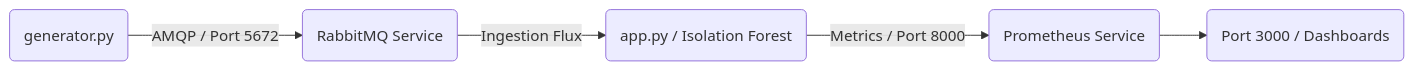
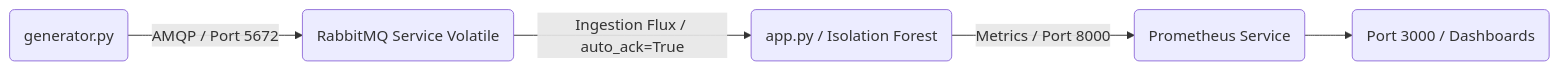
Before and after one commit to CedricKoukoui/CloudIA: the diagram in README.md, drawn with Mermaid. The commit also changed other lines of this file, not shown here.

````diff
--- a/README.md
+++ b/README.md
@@ -15,7 +25,7 @@
 ```mermaid
 graph LR
-    Generator(generator.py) -- AMQP / Port 5672 --> Broker(RabbitMQ Service)
-    Broker -- Ingestion Flux --> IA(app.py / Isolation Forest)
+    Generator(generator.py) -- AMQP / Port 5672 --> Broker(RabbitMQ Service Volatile)
+    Broker -- Ingestion Flux / auto_ack=True --> IA(app.py / Isolation Forest)
     IA -- Metrics / Port 8000 --> Prometheus(Prometheus Service)
     Prometheus --> Grafana(Port 3000 / Dashboards)
 ```
````
